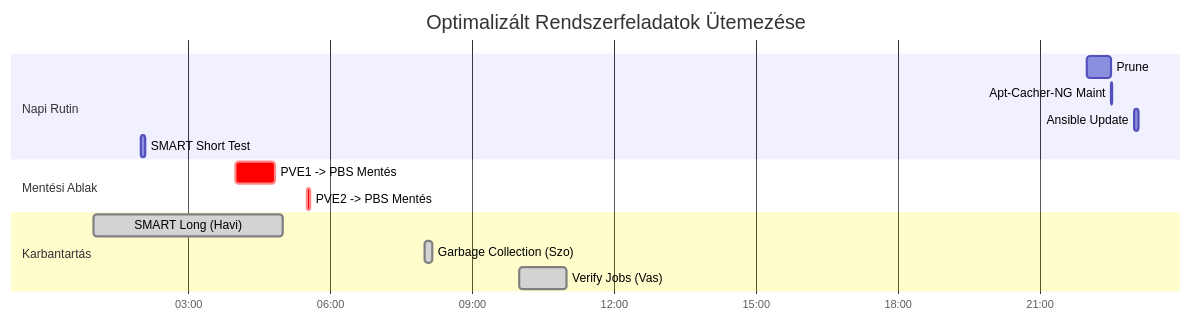
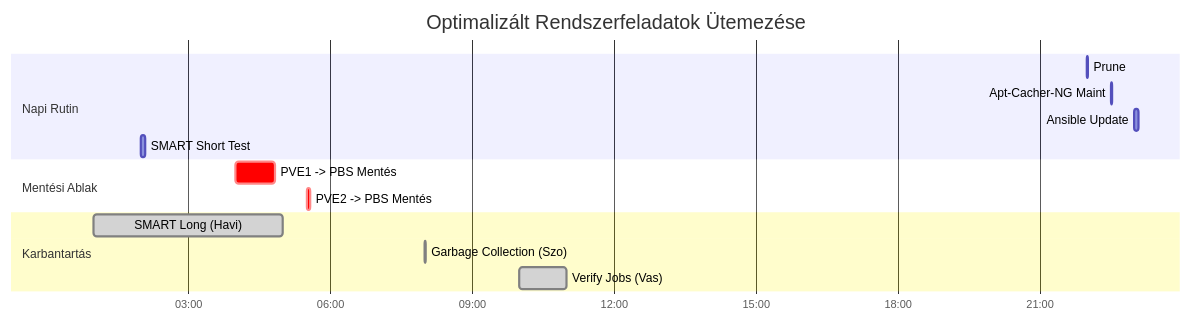
The second of 2 diagrams in 13-Design_Decisions/README_HU.md (torokrolf/homelab), drawn with Mermaid before and after one commit.

````diff
--- a/13-Design_Decisions/README_HU.md
+++ b/13-Design_Decisions/README_HU.md
@@ -138,22 +138,22 @@
 ```mermaid
 gantt
     title Optimalizált Rendszerfeladatok Ütemezése
     dateFormat  HH:mm
     axisFormat  %H:%M
     todayMarker off
 
     section Napi Rutin
-    Prune                        : 22:00, 30m
+    Prune                        : 22:00, 1m
     Apt-Cacher-NG Maint          : 22:30, 1m
     Ansible Update               : 23:00, 5m
     SMART Short Test             : 02:00, 5m
 
     section Mentési Ablak
     PVE1 -> PBS Mentés           :crit, 04:00, 50m
     PVE2 -> PBS Mentés           :crit, 05:30, 5m
 
     section Karbantartás
     SMART Long (Havi)            :done, 01:00, 4h
-    Garbage Collection (Szo)     :done, 08:00, 10m
+    Garbage Collection (Szo)     :done, 08:00, 1m
     Verify Jobs (Vas)            :done, 10:00, 1h
 ```
````
